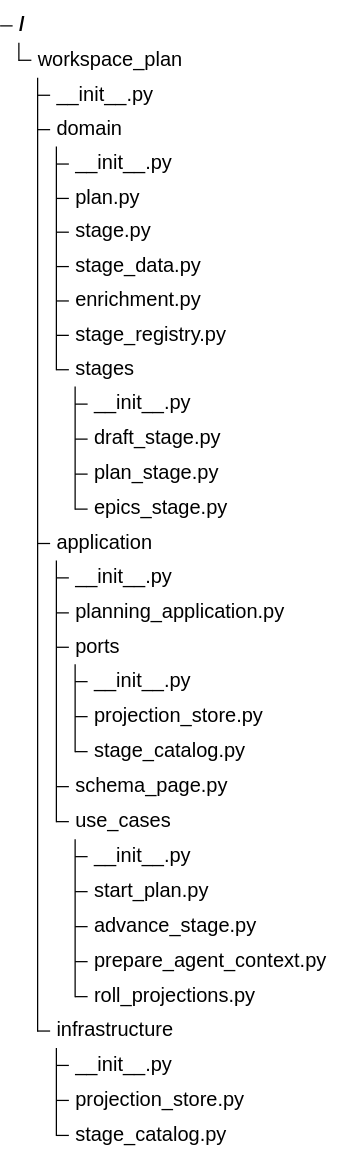
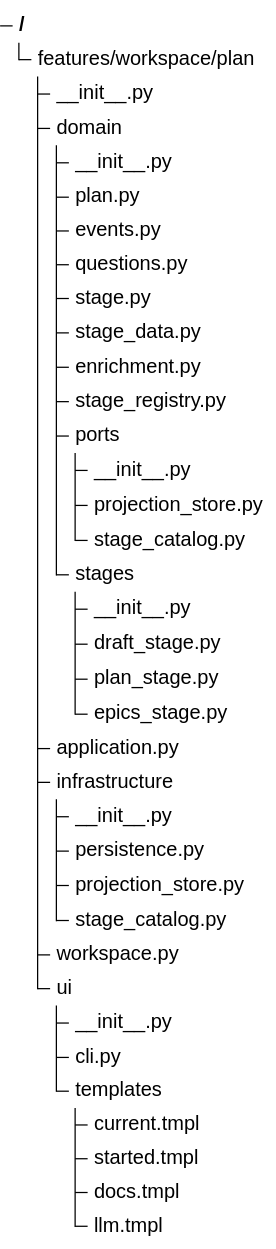
The third of 3 diagrams in .enclosure/plans/planning-workflow/epics/projected-documents/SCHEMAS.md (9orky/enclosure), drawn with Mermaid before and after one commit. The commit also changed other lines of this file and 49 other files, not shown here.

````diff
--- a/.enclosure/plans/planning-workflow/epics/projected-documents/SCHEMAS.md
+++ b/.enclosure/plans/planning-workflow/epics/projected-documents/SCHEMAS.md
@@ -375,37 +379,40 @@
 ```mermaid
 %% contract: files
-%%{init: {"theme": "base", "themeVariables": {"labelColor": "#172033", "lineColor": "#64748b"}}}%%
+%%{init: {"theme": "base", "themeVariables": {"primaryColor": "#ecfdf5", "primaryTextColor": "#064e3b", "primaryBorderColor": "#059669", "labelColor": "#064e3b", "lineColor": "#059669", "tertiaryColor": "#f0fdf4"}}}%%
 treeView-beta
-  "workspace_plan"
+  "features/workspace/plan"
     "__init__.py"
     "domain"
       "__init__.py"
       "plan.py"
+      "events.py"
+      "questions.py"
       "stage.py"
       "stage_data.py"
       "enrichment.py"
       "stage_registry.py"
+      "ports"
+        "__init__.py"
+        "projection_store.py"
+        "stage_catalog.py"
       "stages"
         "__init__.py"
         "draft_stage.py"
         "plan_stage.py"
         "epics_stage.py"
-    "application"
-      "__init__.py"
-      "planning_application.py"
-      "ports"
-        "__init__.py"
-        "projection_store.py"
-        "stage_catalog.py"
-      "schema_page.py"
-      "use_cases"
-        "__init__.py"
-        "start_plan.py"
-        "advance_stage.py"
-        "prepare_agent_context.py"
-        "roll_projections.py"
+    "application.py"
     "infrastructure"
       "__init__.py"
+      "persistence.py"
       "projection_store.py"
       "stage_catalog.py"
+    "workspace.py"
+    "ui"
+      "__init__.py"
+      "cli.py"
+      "templates"
+        "current.tmpl"
+        "started.tmpl"
+        "docs.tmpl"
+        "llm.tmpl"
 ```
````
